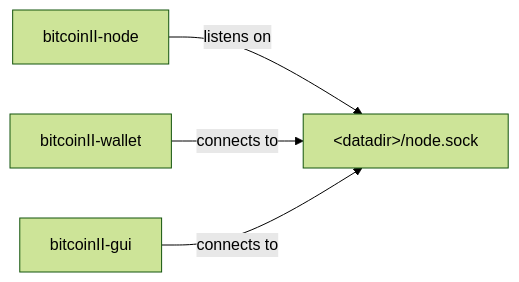
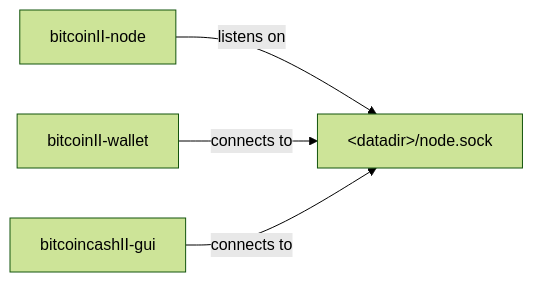
The first of 3 diagrams in doc/design/multiprocess.md (BitcoincashII/bitcoincashII-core), drawn with Mermaid (forest theme) before and after one commit. The commit also changed other lines of this file and 32 other files, not shown here.

First line of the commit message:
Rename QT binary from bitcoinII-qt to bitcoincashII-qt across all platforms

````diff
--- a/doc/design/multiprocess.md
+++ b/doc/design/multiprocess.md
@@ -50,6 +50,6 @@
 ```mermaid
 flowchart LR
     node[bitcoinII-node] -- listens on --> socket["&lt;datadir&gt;/node.sock"]
     wallet[bitcoinII-wallet] -- connects to --> socket
-    gui[bitcoinII-gui] -- connects to --> socket
+    gui[bitcoincashII-gui] -- connects to --> socket
 ```
````
